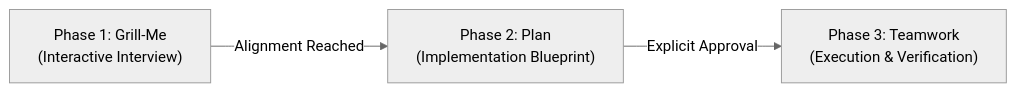
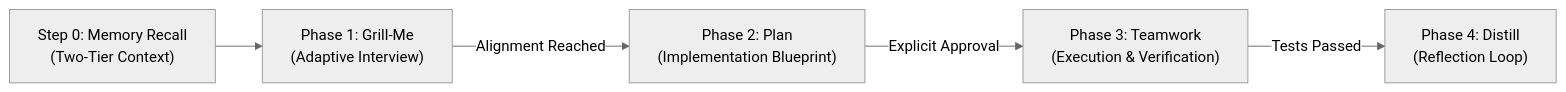
One commit to tysongoulding/grill-plan-team changed the diagram in .cursor/rules/grill-plan-team.mdc. Above: the diagram before and after it, drawn with Mermaid (neutral theme). The commit also changed other lines of this file and 23 other files, not shown here.

Commit message:
feat(memory): implement two-tier recursive memory and training engine

````diff
--- a/.cursor/rules/grill-plan-team.mdc
+++ b/.cursor/rules/grill-plan-team.mdc
@@ -11,5 +11,7 @@
 ```mermaid
 flowchart LR
-    A["Phase 1: Grill-Me<br/>(Interactive Interview)"] -->|"Alignment Reached"| B["Phase 2: Plan<br/>(Implementation Blueprint)"]
+    M["Step 0: Memory Recall<br/>(Two-Tier Context)"] --> A["Phase 1: Grill-Me<br/>(Adaptive Interview)"]
+    A -->|"Alignment Reached"| B["Phase 2: Plan<br/>(Implementation Blueprint)"]
     B -->|"Explicit Approval"| C["Phase 3: Teamwork<br/>(Execution & Verification)"]
+    C -->|"Tests Passed"| D["Phase 4: Distill<br/>(Reflection Loop)"]
 ```
````
